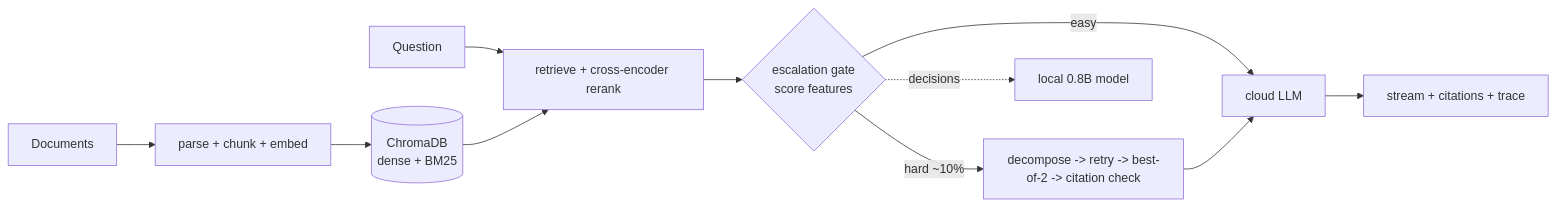
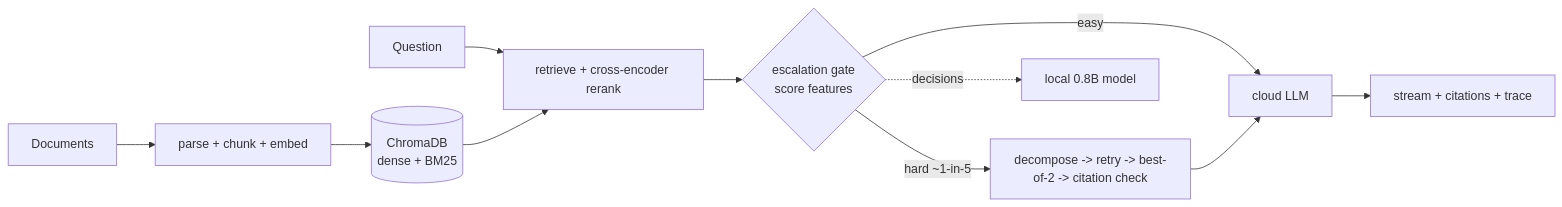
Before and after one commit to kanishka-namdeo/jev-rag: the diagram in README.md, drawn with Mermaid. The commit also changed other lines of this file, not shown here.

````diff
--- a/README.md
+++ b/README.md
@@ -79,12 +79,12 @@
 ```mermaid
 flowchart LR
     D[Documents] --> P[parse + chunk + embed]
     P --> V[(ChromaDB<br/>dense + BM25)]
     Q[Question] --> R[retrieve + cross-encoder rerank]
     V --> R
     R --> F{escalation gate<br/>score features}
     F -->|easy| T[cloud LLM]
-    F -->|hard ~10%| H[decompose -> retry -> best-of-2 -> citation check] --> T
+    F -->|hard ~1-in-5| H[decompose -> retry -> best-of-2 -> citation check] --> T
     T --> S[stream + citations + trace]
     F -.decisions.-> J[local 0.8B model]
 ```
````
